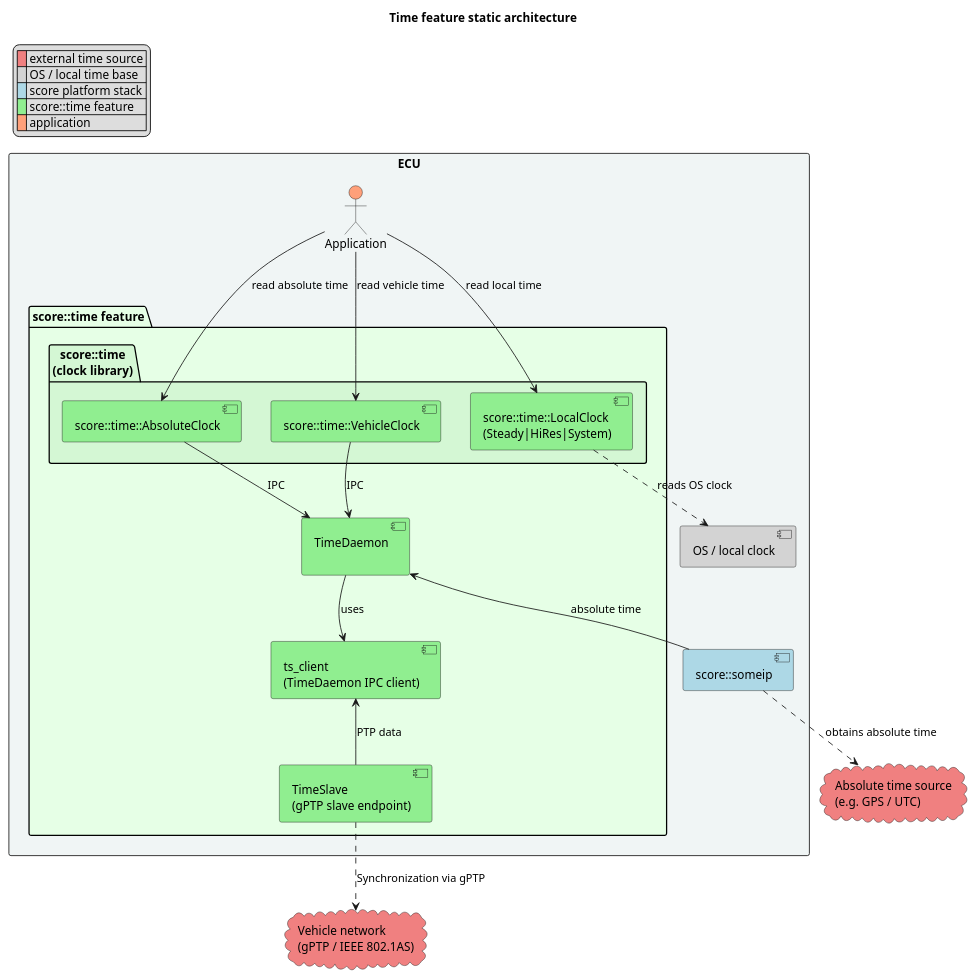
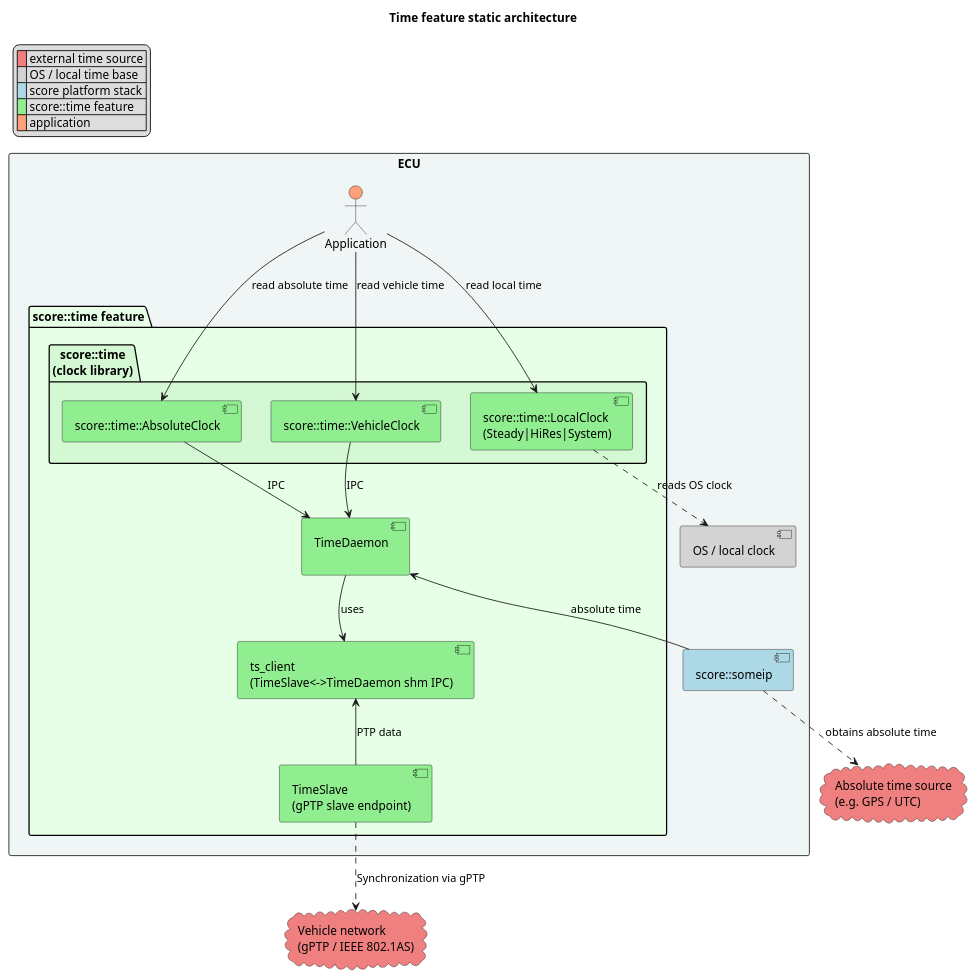
One commit to eclipse-score/time changed the diagram in docs/features/architecture/_assets/static_arch.puml. Above: the diagram before and after it, drawn with PlantUML. The commit also changed other lines of this file and 6 other files, not shown here.

```diff
--- a/docs/features/architecture/_assets/static_arch.puml
+++ b/docs/features/architecture/_assets/static_arch.puml
@@ -14,49 +14,49 @@
 @startuml
 
 title Time feature static architecture
 
 legend top left
 | <#LightCoral>  | external time source |
 | <#LightGrey>   | OS / local time base |
 | <#LightBlue>   | score platform stack |
 | <#LightGreen>  | score::time feature  |
 | <#LightSalmon> | application          |
 endlegend
 
 rectangle "ECU" #f0f5f5 {
   actor "Application" as user #LightSalmon
 
   package "score::time feature" #e6ffe6 {
     package "score::time\n(clock library)" #d4f7d4 {
       component "score::time::VehicleClock" as veh_clock_api #LightGreen
       component "score::time::LocalClock\n(Steady|HiRes|System)" as local_clock_api #LightGreen
       component "score::time::AbsoluteClock" as abs_clock_api #LightGreen
     }
-    component "ts_client\n(TimeDaemon IPC client)" as time_slave_client #LightGreen
+    component "ts_client\n(TimeSlave<->TimeDaemon shm IPC)" as time_slave_client #LightGreen
     component "TimeDaemon\n" as time_daemon #LightGreen
     component "TimeSlave\n(gPTP slave endpoint)" as time_slave #LightGreen
   }
 
   component "score::someip" as score_someip #LightBlue
   component "OS / local clock" as os #LightGrey
 }
 
 cloud "Vehicle network\n(gPTP / IEEE 802.1AS)" as veh_net #LightCoral
 cloud "Absolute time source\n(e.g. GPS / UTC)" as abs_master #LightCoral
 
 user --> veh_clock_api : read vehicle time
 user --> local_clock_api : read local time
 user --> abs_clock_api : read absolute time
 
 veh_clock_api --> time_daemon : IPC
 abs_clock_api --> time_daemon : IPC
 time_daemon --> time_slave_client : uses
 time_slave_client <-- time_slave : PTP data
 time_slave ..> veh_net : Synchronization via gPTP
 
 time_daemon <-- score_someip : absolute time
 score_someip ..> abs_master : obtains absolute time
 
 local_clock_api ..> os : reads OS clock
 
 @enduml
```
